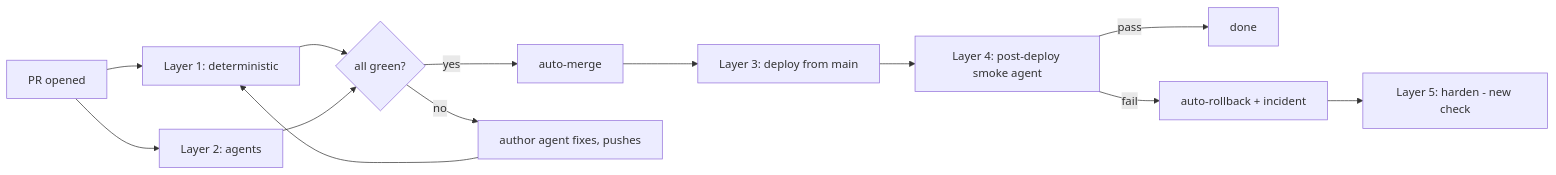
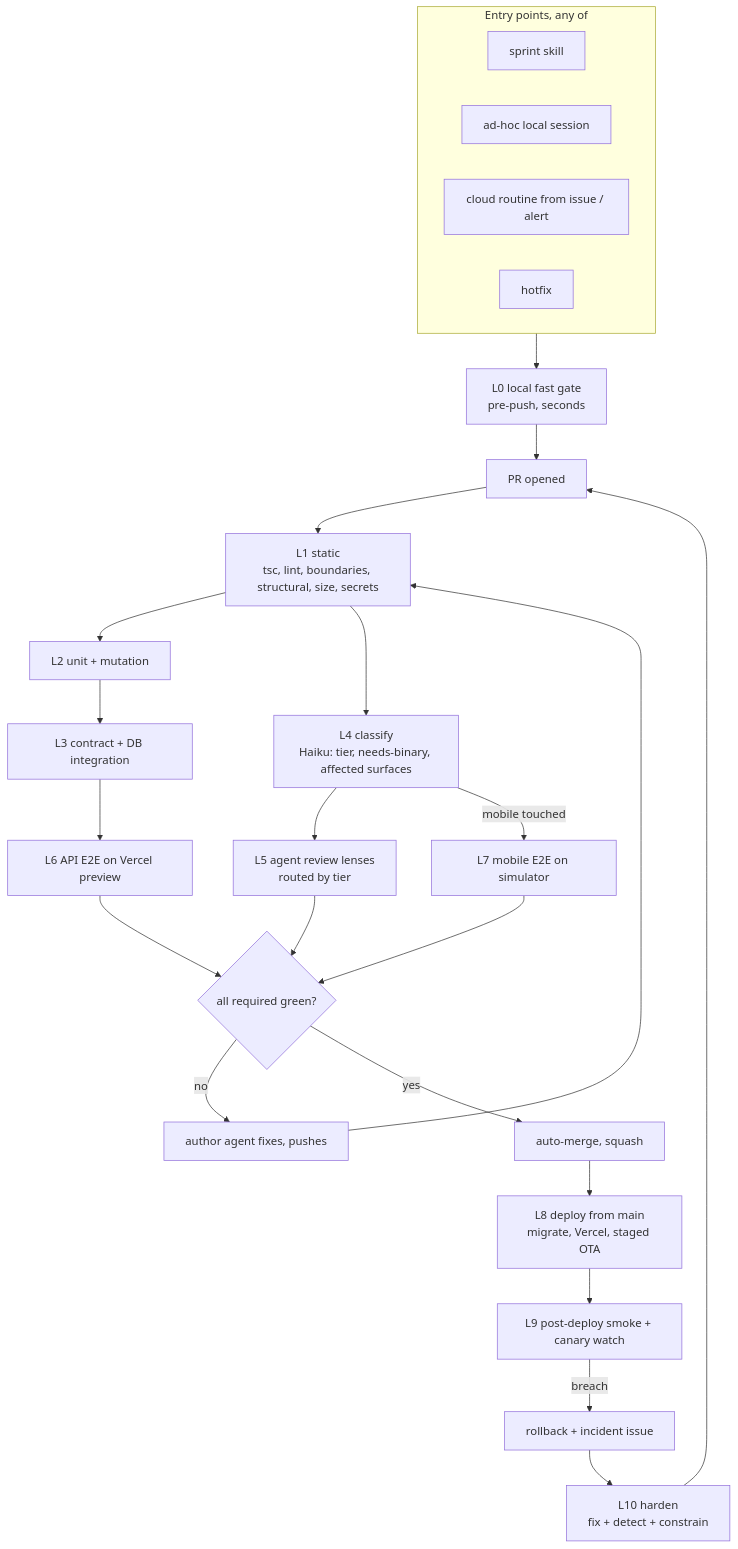
The diagram in docs/engineering/devops/autonomous-shipping.md (dgmolla/fitsy), drawn with Mermaid before and after one commit. The commit also changed other lines of this file, not shown here.

First line of the commit message:
docs(devops): autonomous shipping v2: tenets, verification layers, primitives, zero-context author

````diff
--- a/docs/engineering/devops/autonomous-shipping.md
+++ b/docs/engineering/devops/autonomous-shipping.md
@@ -19,15 +72,27 @@
 ```mermaid
-flowchart LR
-    A[PR opened] --> B[Layer 1: deterministic]
-    A --> C[Layer 2: agents]
-    B --> D{all green?}
-    C --> D
-    D -- yes --> E[auto-merge]
-    D -- no --> F[author agent fixes, pushes]
-    F --> B
-    E --> G[Layer 3: deploy from main]
-    G --> H[Layer 4: post-deploy smoke agent]
-    H -- pass --> I[done]
-    H -- fail --> J[auto-rollback + incident]
-    J --> K[Layer 5: harden - new check]
+flowchart TB
+    subgraph origin[Entry points, any of]
+        S[sprint skill]
+        A[ad-hoc local session]
+        R[cloud routine from issue / alert]
+        H[hotfix]
+    end
+    origin --> L0[L0 local fast gate<br/>pre-push, seconds]
+    L0 --> PR[PR opened]
+    PR --> L1[L1 static<br/>tsc, lint, boundaries, structural, size, secrets]
+    L1 --> L2[L2 unit + mutation]
+    L2 --> L3[L3 contract + DB integration]
+    L1 --> L4[L4 classify<br/>Haiku: tier, needs-binary, affected surfaces]
+    L4 --> L5[L5 agent review lenses<br/>routed by tier]
+    L3 --> L6[L6 API E2E on Vercel preview]
+    L4 -->|mobile touched| L7[L7 mobile E2E on simulator]
+    L5 & L6 & L7 --> G{all required green?}
+    G -->|no| FIX[author agent fixes, pushes]
+    FIX --> L1
+    G -->|yes| M[auto-merge, squash]
+    M --> L8[L8 deploy from main<br/>migrate, Vercel, staged OTA]
+    L8 --> L9[L9 post-deploy smoke + canary watch]
+    L9 -->|breach| RB[rollback + incident issue]
+    RB --> L10[L10 harden<br/>fix + detect + constrain]
+    L10 --> PR
 ```
````
